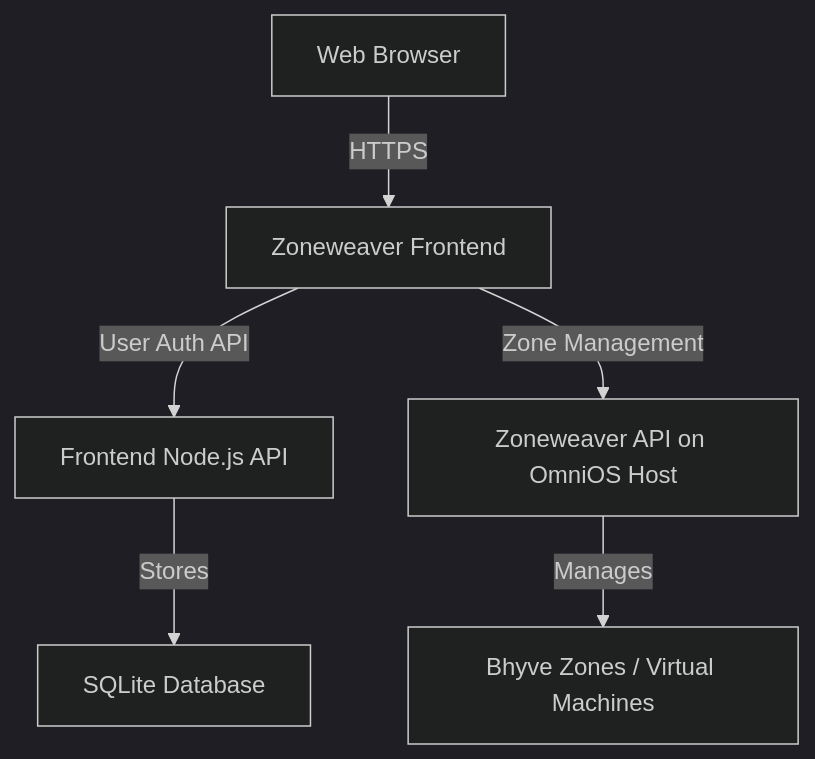
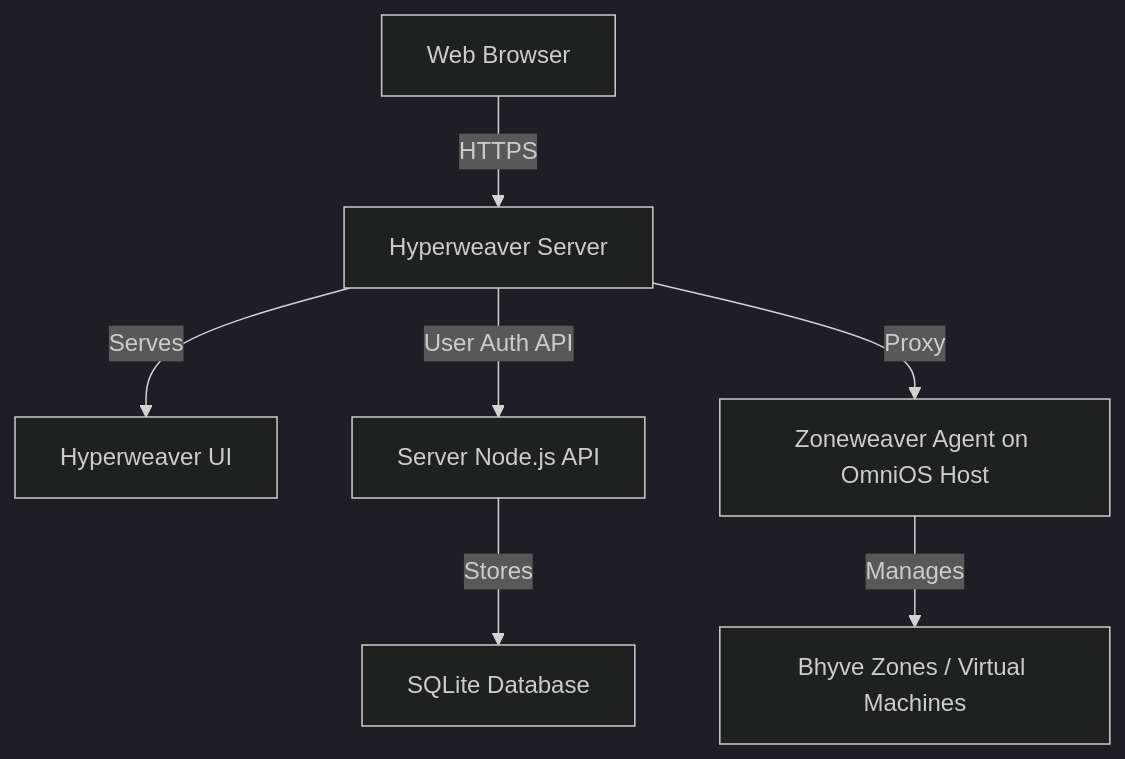
One commit to Makr91/zoneweaver changed the diagram in docs/index.md. Above: the diagram before and after it, drawn with Mermaid (dark theme). The commit also changed other lines of this file and 69 other files, not shown here.

````diff
--- a/docs/index.md
+++ b/docs/index.md
@@ -37,8 +37,9 @@
 ```mermaid
 graph TD
-    A[Web Browser] -- HTTPS --> B[Zoneweaver Frontend];
-    B -- User Auth API --> C[Frontend Node.js API];
-    B -- Zone Management --> D[Zoneweaver API on OmniOS Host];
+    A[Web Browser] -- HTTPS --> B[Hyperweaver Server];
+    B -- Serves --> G[Hyperweaver UI];
+    B -- User Auth API --> C[Server Node.js API];
+    B -- Proxy --> D[Zoneweaver Agent on OmniOS Host];
     D -- Manages --> E[Bhyve Zones / Virtual Machines];
     C -- Stores --> F[SQLite Database];
 ```
````
